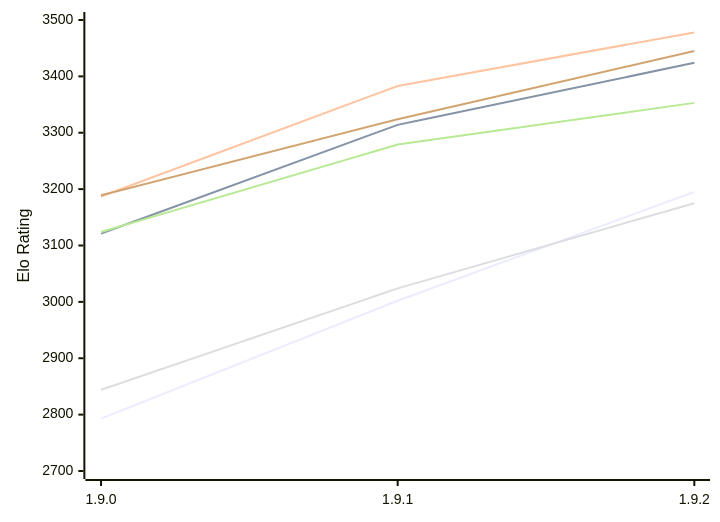
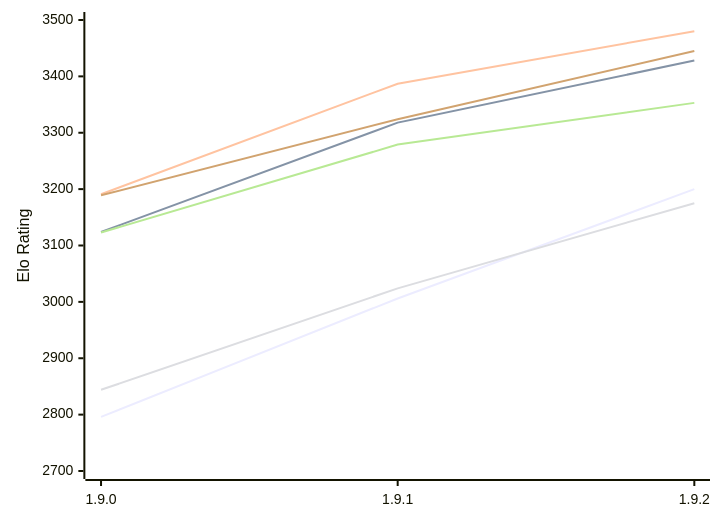
Before and after one commit to computer-chess-index/cci: the diagram in engines/Superpawn.md, drawn with Mermaid. The commit also changed other lines of this file, not shown here.

Commit message:
Update CCI Ratings (ELO VLTC) - 2026-11-22

````diff
--- a/engines/Superpawn.md
+++ b/engines/Superpawn.md
@@ -51,12 +51,12 @@
 ```mermaid
 %%{init: {"theme":"base","themeVariables":{"seriesColors:['#a3a3a3','#222221','#faa371']}}}%%
 xychart-beta
   x-axis ["1.9.0", "1.9.1", "1.9.2"]
   y-axis "Elo Rating" 2700 --> 3500
-  line "E1: STC (8.0+0.08s)" [2793, 3002, 3195]
-  line "E1: LTC (60.0+0.60s)" [3121, 3314, 3424]
-  line "E1: VLTC (2m24s+1.12s)" [3187, 3383, 3478]
+  line "E1: STC (8.0+0.08s)" [2796, 3006, 3200]
+  line "E1: LTC (60.0+0.60s)" [3124, 3318, 3428]
+  line "E1: VLTC (2m24s+1.12s)" [3191, 3387, 3480]
   line "P1: STC (8.0+0.08s)" [2844, 3024, 3175]
-  line "P1: LTC (60.0+0.60s)" [3124, 3279, 3353]
+  line "P1: LTC (60.0+0.60s)" [3123, 3279, 3353]
   line "P1: VLTC (2m24s+1.12s)" [3189, 3324, 3445]
 ```
````
